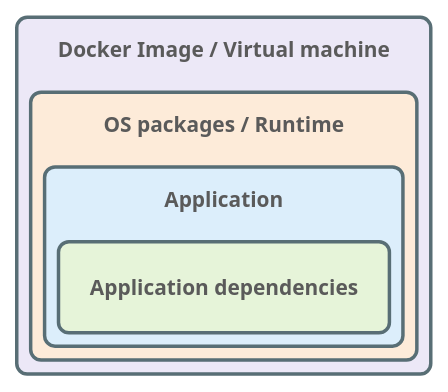
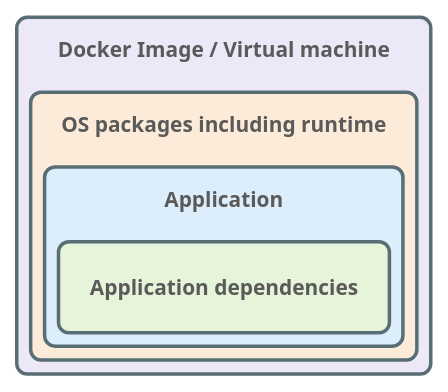
Before and after one commit to johanjanssen/Keep-Up-To-Date: the diagram in Presentation/architecture.puml, drawn with PlantUML. The commit also changed 10 other files, not shown here.

```diff
--- a/Presentation/architecture.puml
+++ b/Presentation/architecture.puml
@@ -1,20 +1,20 @@
 @startuml
 !theme bluegray
 !pragma layout smetana
 skinparam backgroundColor transparent
 skinparam roundCorner 12
 skinparam rectangle {
     BorderColor #586e75
     FontStyle bold
 }
 
 rectangle "Docker Image / Virtual machine" #ECE8F7 {
-    rectangle "OS packages / Runtime" #FDEBD9 {
+    rectangle "OS packages including runtime" #FDEBD9 {
         rectangle "Application" #DCEEFB {
             rectangle "Application dependencies" #E6F4D9 {
             }
         }
     }
 }
 
 @enduml
```
